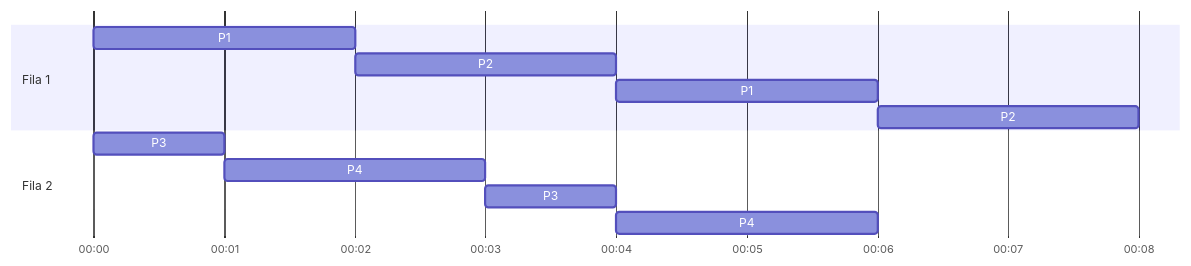
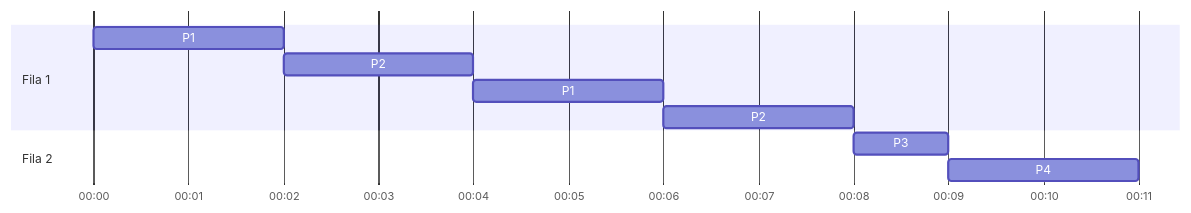
Before and after one commit to victorvcruz/ifg: the fifth of 5 diagrams in 3ª Período/SO/escalonamento-cpu.md, drawn with Mermaid. The commit also changed other lines of this file, not shown here.

Commit message:
change mermaid

````diff
--- a/3ª Período/SO/escalonamento-cpu.md
+++ b/3ª Período/SO/escalonamento-cpu.md
@@ -212,15 +212,13 @@
 ```mermaid
 gantt
         dateFormat HH:mm
     axisFormat %H:%M
     section Fila 1
         P1 :a1, 00:00, 2m
         P2 :a2, after a1, 2m
         P1 :a3, after a2, 2m
         P2 :a4, after a3, 2m
     section Fila 2
-        P3 :a5, 00:00, 1m
+        P3 :a5, after a4, 1m
         P4 :a6, after a5, 2m
-        P3 :a7, after a6, 1m
-        P4 :a8, after a7, 2m
 ```
````
